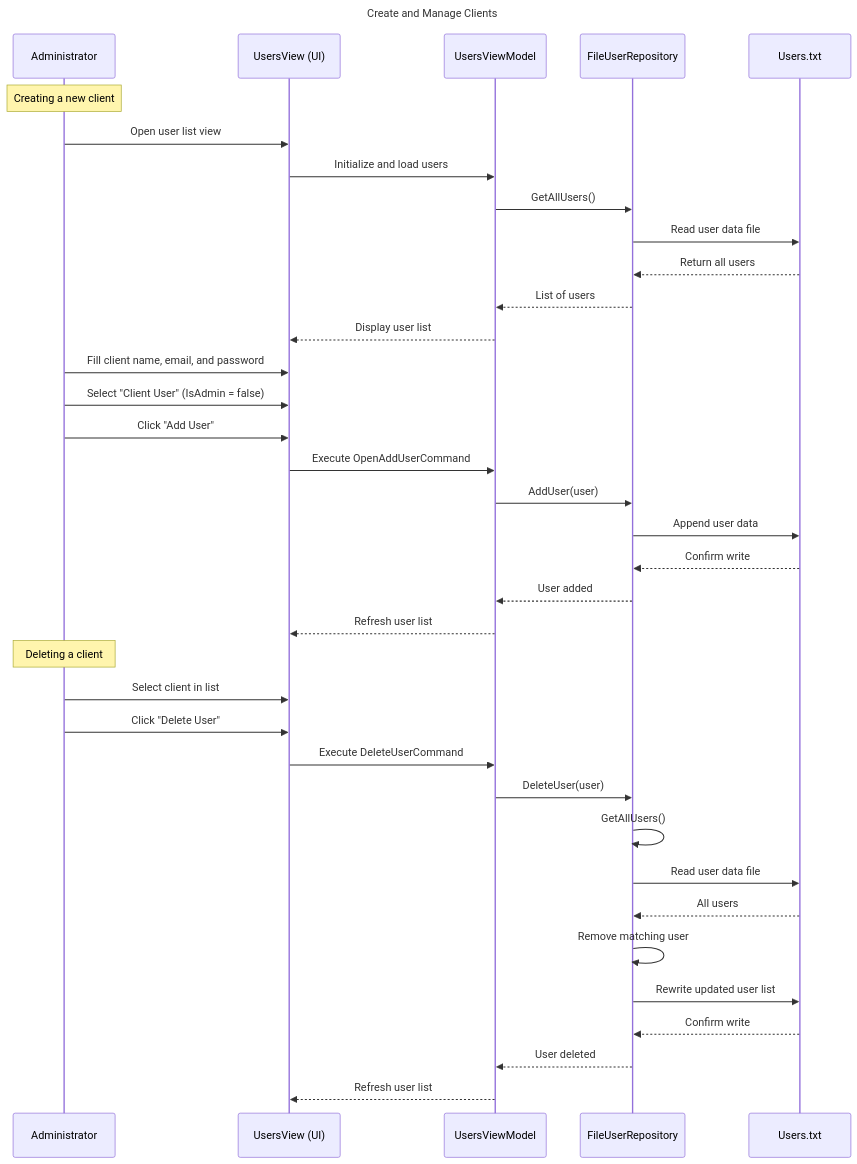
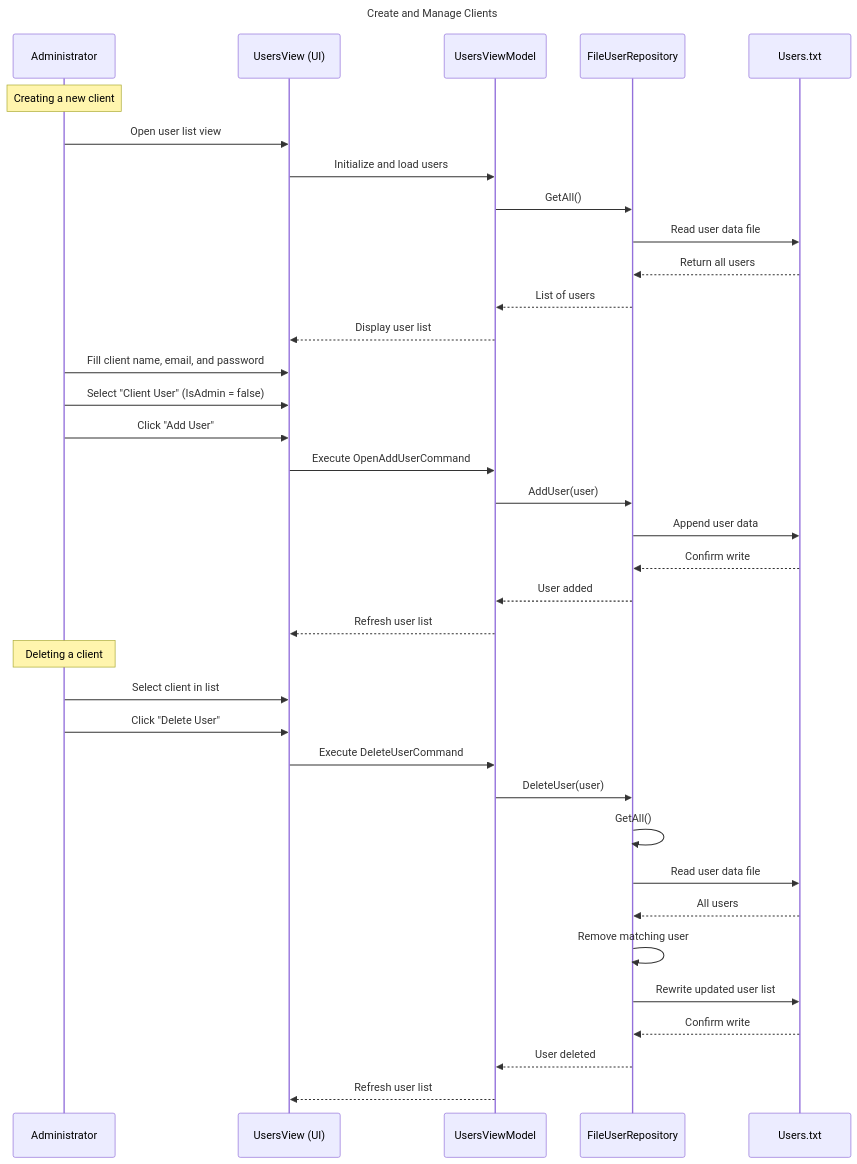
One commit to ilhamhashi/Team10_ProjektGettingReal changed the diagram in DATApp/DATApp/Sequence Diagrams/UseCase7_Sequence_Diagram.mmd. Above: the diagram before and after it, drawn with Mermaid. The commit also changed 6 other files, not shown here.

```diff
--- a/DATApp/DATApp/Sequence Diagrams/UseCase7_Sequence_Diagram.mmd
+++ b/DATApp/DATApp/Sequence Diagrams/UseCase7_Sequence_Diagram.mmd
@@ -1,41 +1,41 @@
 sequenceDiagram
     title Create and Manage Clients
 
     participant Admin as Administrator
     participant UI as UsersView (UI)
     participant VM as UsersViewModel
     participant Repo as FileUserRepository
     participant File as Users.txt
 
     Note over Admin: Creating a new client
     Admin->>UI: Open user list view
     UI->>VM: Initialize and load users
-    VM->>Repo: GetAllUsers()
+    VM->>Repo: GetAll()
     Repo->>File: Read user data file
     File-->>Repo: Return all users
     Repo-->>VM: List of users
     VM-->>UI: Display user list
 
     Admin->>UI: Fill client name, email, and password
     Admin->>UI: Select "Client User" (IsAdmin = false)
     Admin->>UI: Click "Add User"
     UI->>VM: Execute OpenAddUserCommand
     VM->>Repo: AddUser(user)
     Repo->>File: Append user data
     File-->>Repo: Confirm write
     Repo-->>VM: User added
     VM-->>UI: Refresh user list
 
     Note over Admin: Deleting a client
     Admin->>UI: Select client in list
     Admin->>UI: Click "Delete User"
     UI->>VM: Execute DeleteUserCommand
     VM->>Repo: DeleteUser(user)
-    Repo->>Repo: GetAllUsers()
+    Repo->>Repo: GetAll()
     Repo->>File: Read user data file
     File-->>Repo: All users
     Repo->>Repo: Remove matching user
     Repo->>File: Rewrite updated user list
     File-->>Repo: Confirm write
     Repo-->>VM: User deleted
     VM-->>UI: Refresh user list
```
